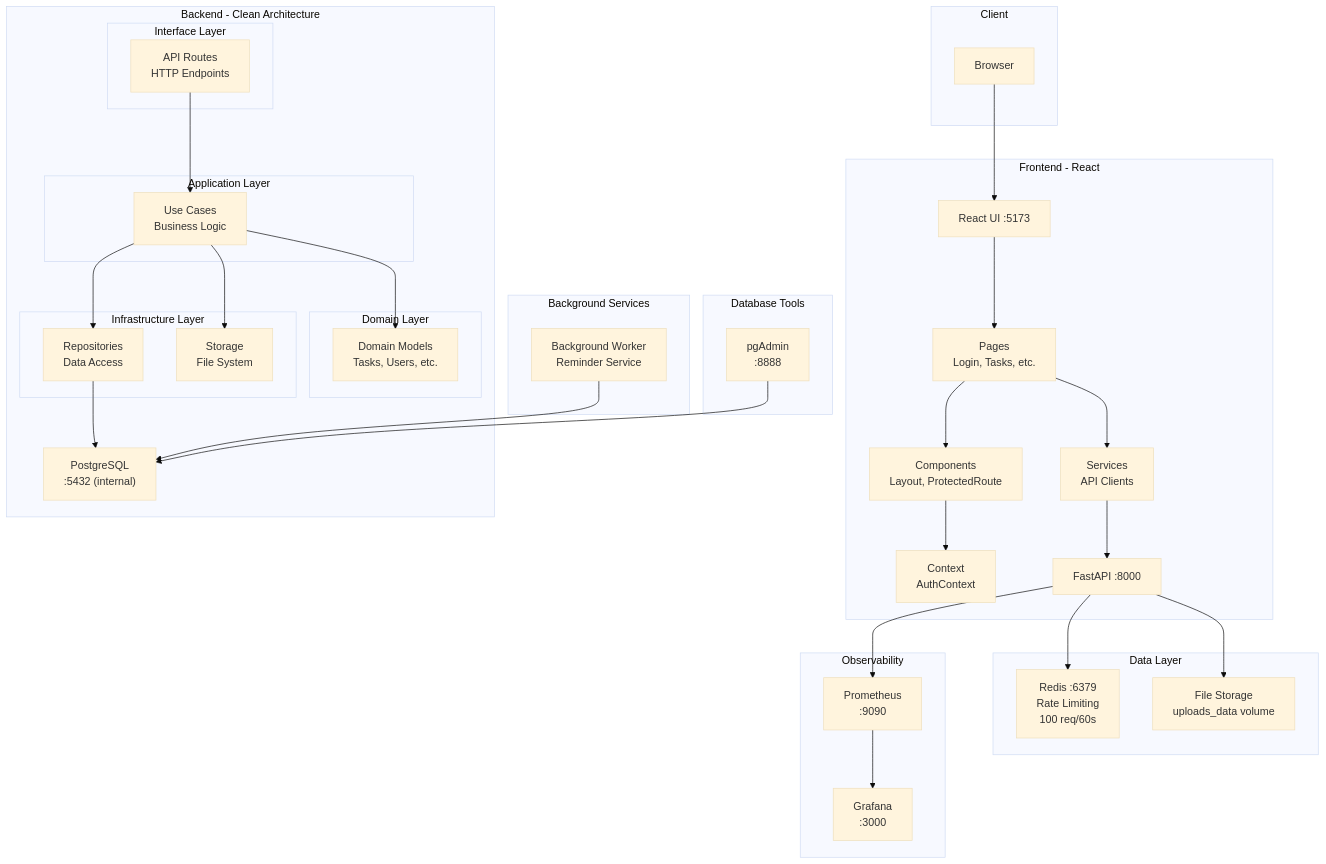
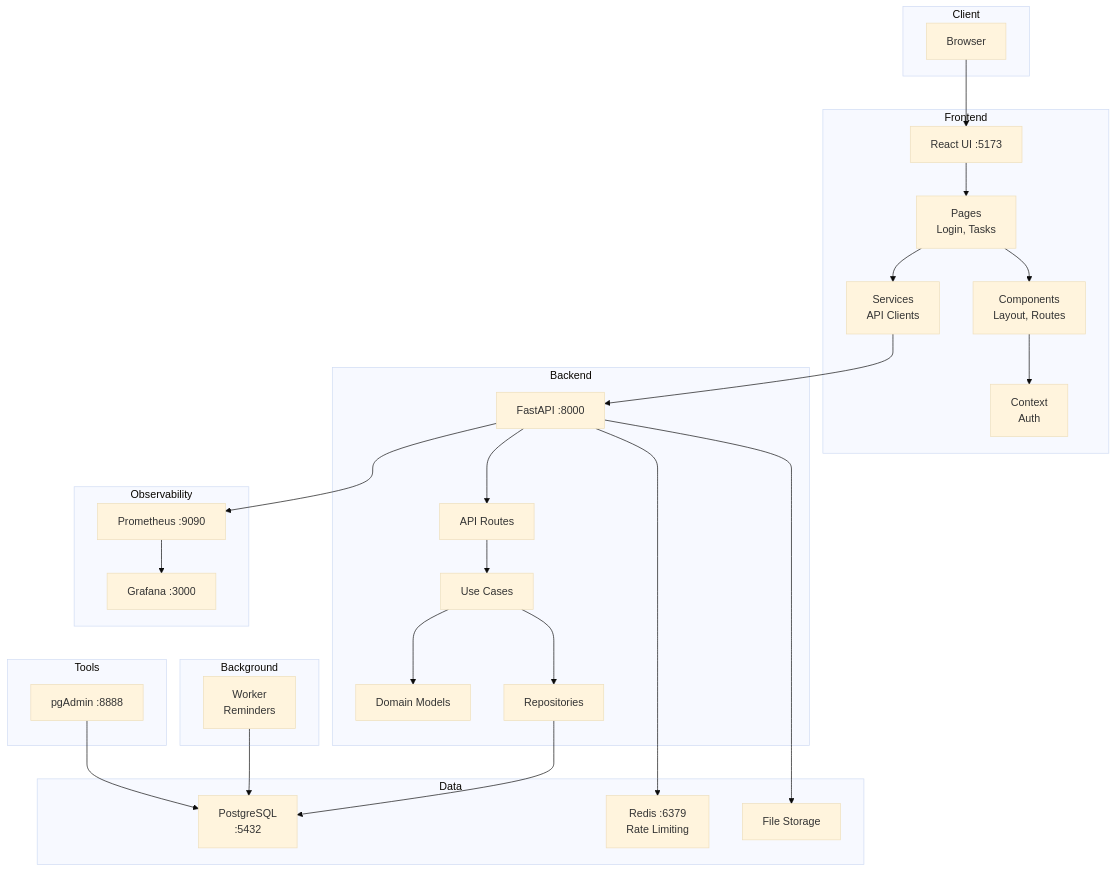
The diagram in README.md (michaelwybraniec/deepsee), drawn with Mermaid (base theme) before and after one commit. The commit also changed other lines of this file, not shown here.

Commit message:
docs: fix architecture diagram connections and simplify labels
- Reconnected frontend Services to backend API
- Removed excessive 'Clean Architecture' terminology from diagram
- Simplified labels for better readability
- Fixed flow: Services → API → Routes → Use Cases → Repos → Database

````diff
--- a/README.md
+++ b/README.md
@@ -32,74 +32,61 @@
 ```mermaid
 graph TB
     subgraph "Client"
         Browser[Browser]
     end
     
-    subgraph "Frontend - React"
+    subgraph "Frontend"
         React["React UI :5173"]
-        Pages["Pages<br/>Login, Tasks, etc."]
-        Components["Components<br/>Layout, ProtectedRoute"]
+        Pages["Pages<br/>Login, Tasks"]
+        Components["Components<br/>Layout, Routes"]
         Services["Services<br/>API Clients"]
-        Context["Context<br/>AuthContext"]
+        Context["Context<br/>Auth"]
         
         React --> Pages
         Pages --> Components
         Pages --> Services
         Components --> Context
-        Services --> API
     end
     
-    subgraph "Backend - Clean Architecture"
+    subgraph "Backend"
         API["FastAPI :8000"]
-        
-        subgraph "Interface Layer"
-            Routes["API Routes<br/>HTTP Endpoints"]
-        end
-        
-        subgraph "Application Layer"
-            UseCases["Use Cases<br/>Business Logic"]
-        end
-        
-        subgraph "Domain Layer"
-            Domain["Domain Models<br/>Tasks, Users, etc."]
-        end
-        
-        subgraph "Infrastructure Layer"
-            Repos["Repositories<br/>Data Access"]
-            StorageInfra["Storage<br/>File System"]
-        end
+        Routes["API Routes"]
+        UseCases["Use Cases"]
+        Domain["Domain Models"]
+        Repos["Repositories"]
         
         Routes --> UseCases
         UseCases --> Domain
         UseCases --> Repos
-        Repos --> DB
-        UseCases --> StorageInfra
     end
     
-    subgraph "Background Services"
-        Worker["Background Worker<br/>Reminder Service"]
+    subgraph "Background"
+        Worker["Worker<br/>Reminders"]
     end
     
-    subgraph "Data Layer"
-        DB["PostgreSQL<br/>:5432 (internal)"]
-        Redis["Redis :6379<br/>Rate Limiting<br/>100 req/60s"]
-        Storage["File Storage<br/>uploads_data volume"]
+    subgraph "Data"
+        DB["PostgreSQL<br/>:5432"]
+        Redis["Redis :6379<br/>Rate Limiting"]
+        Storage["File Storage"]
     end
     
     subgraph "Observability"
-        Prometheus["Prometheus<br/>:9090"]
-        Grafana["Grafana<br/>:3000"]
+        Prometheus["Prometheus :9090"]
+        Grafana["Grafana :3000"]
     end
     
-    subgraph "Database Tools"
-        pgAdmin["pgAdmin<br/>:8888"]
+    subgraph "Tools"
+        pgAdmin["pgAdmin :8888"]
     end
     
     Browser --> React
+    Services --> API
+    API --> Routes
+    Repos --> DB
     API --> Redis
     API --> Storage
     Worker --> DB
     API --> Prometheus
     Prometheus --> Grafana
     pgAdmin --> DB
 ```
````
